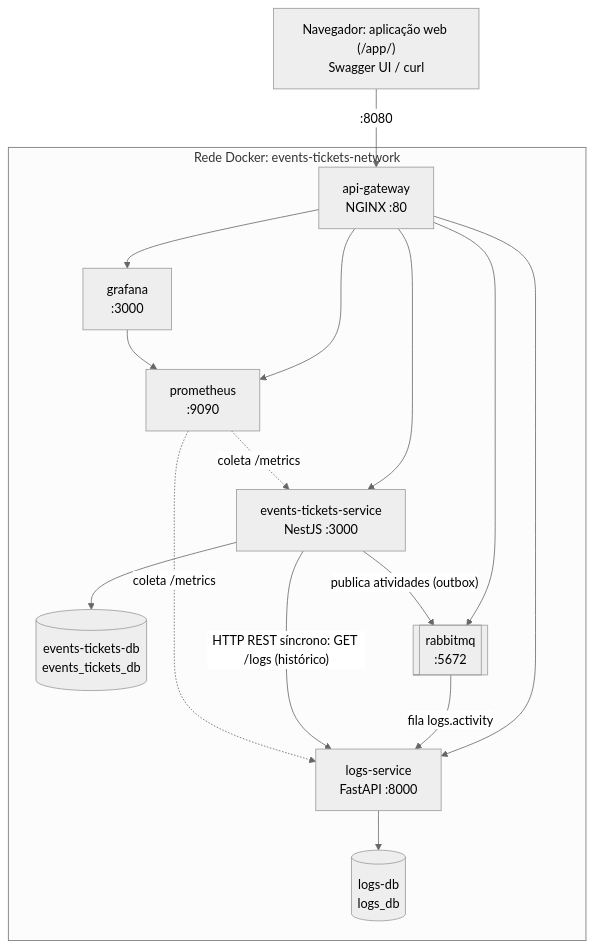
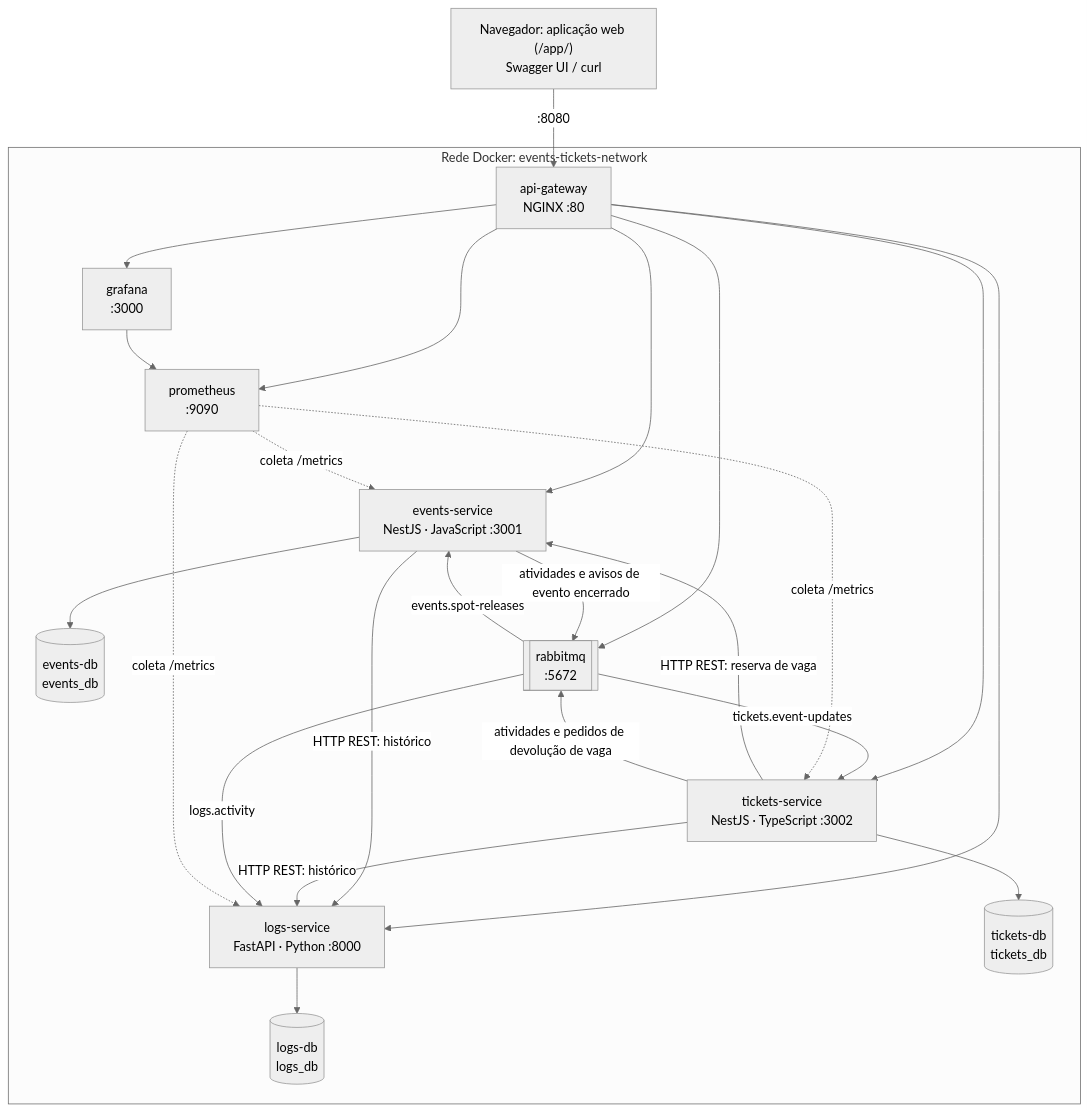
The diagram in docs/arquitetura.md (Igor-Lazarin-Oliani/events-tickets-ms), drawn with Mermaid (neutral theme) before and after one commit. The commit also changed other lines of this file and 158 other files, not shown here.

Commit message:
feat: separa eventos e ingressos em events-service (JavaScript) e tickets-service (TypeScript), com três bancos e mensageria nos dois sentidos

````diff
--- a/docs/arquitetura.md
+++ b/docs/arquitetura.md
@@ -26,28 +27,38 @@
 ```mermaid
 flowchart TB
     cliente["Navegador: aplicação web (/app/)<br/>Swagger UI / curl"]
     subgraph rede["Rede Docker: events-tickets-network"]
         gateway["api-gateway<br/>NGINX :80"]
-        core["events-tickets-service<br/>NestJS :3000"]
-        logs["logs-service<br/>FastAPI :8000"]
-        coredb[("events-tickets-db<br/>events_tickets_db")]
+        events["events-service<br/>NestJS · JavaScript :3001"]
+        tickets["tickets-service<br/>NestJS · TypeScript :3002"]
+        logs["logs-service<br/>FastAPI · Python :8000"]
+        eventsdb[("events-db<br/>events_db")]
+        ticketsdb[("tickets-db<br/>tickets_db")]
         logsdb[("logs-db<br/>logs_db")]
         rabbitmq[["rabbitmq<br/>:5672"]]
         prometheus["prometheus<br/>:9090"]
         grafana["grafana<br/>:3000"]
     end
     cliente -->|":8080"| gateway
-    gateway --> core
+    gateway --> events
+    gateway --> tickets
     gateway --> logs
     gateway --> grafana
     gateway --> prometheus
     gateway --> rabbitmq
-    core --> coredb
+    events --> eventsdb
+    tickets --> ticketsdb
     logs --> logsdb
-    core -->|"publica atividades (outbox)"| rabbitmq
-    rabbitmq -->|"fila logs.activity"| logs
-    core -->|"HTTP REST síncrono: GET /logs (histórico)"| logs
+    tickets -->|"HTTP REST: reserva de vaga"| events
+    events -->|"HTTP REST: histórico"| logs
+    tickets -->|"HTTP REST: histórico"| logs
+    events -->|"atividades e avisos de evento encerrado"| rabbitmq
+    tickets -->|"atividades e pedidos de devolução de vaga"| rabbitmq
+    rabbitmq -->|"logs.activity"| logs
+    rabbitmq -->|"tickets.event-updates"| tickets
+    rabbitmq -->|"events.spot-releases"| events
     grafana --> prometheus
-    prometheus -.->|"coleta /metrics"| core
+    prometheus -.->|"coleta /metrics"| events
+    prometheus -.->|"coleta /metrics"| tickets
     prometheus -.->|"coleta /metrics"| logs
 ```
````
